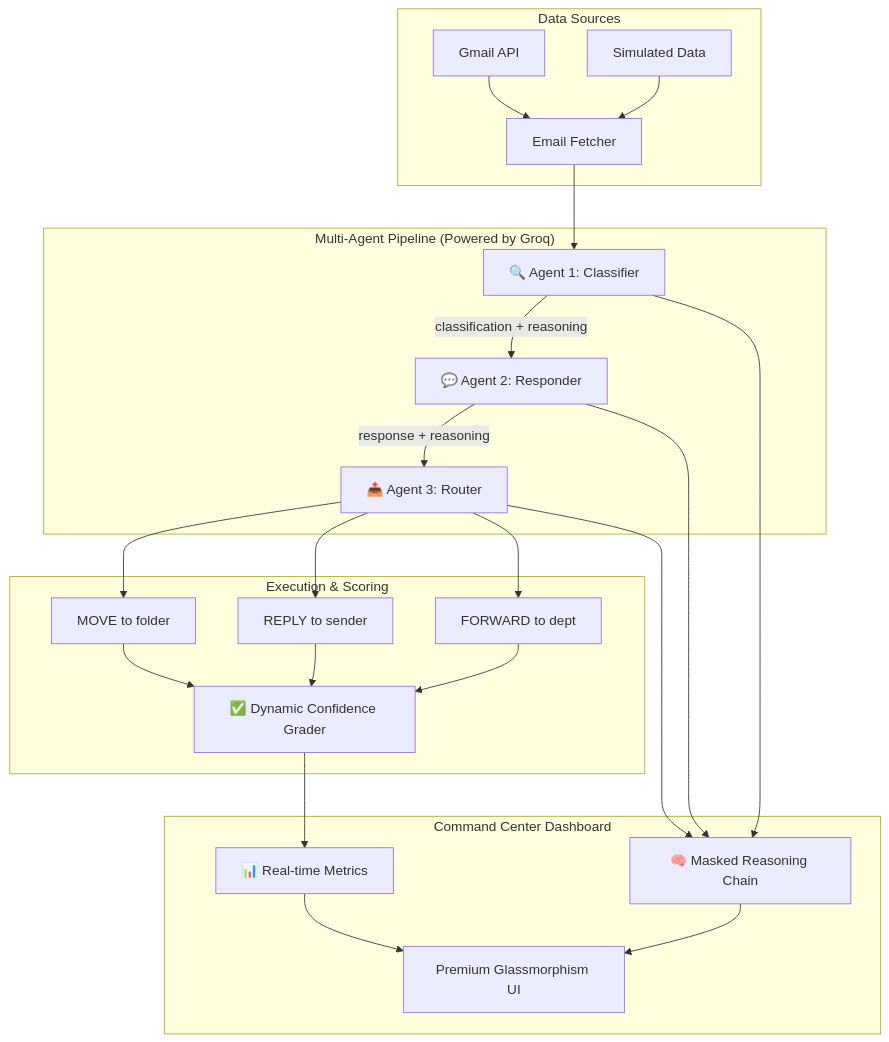
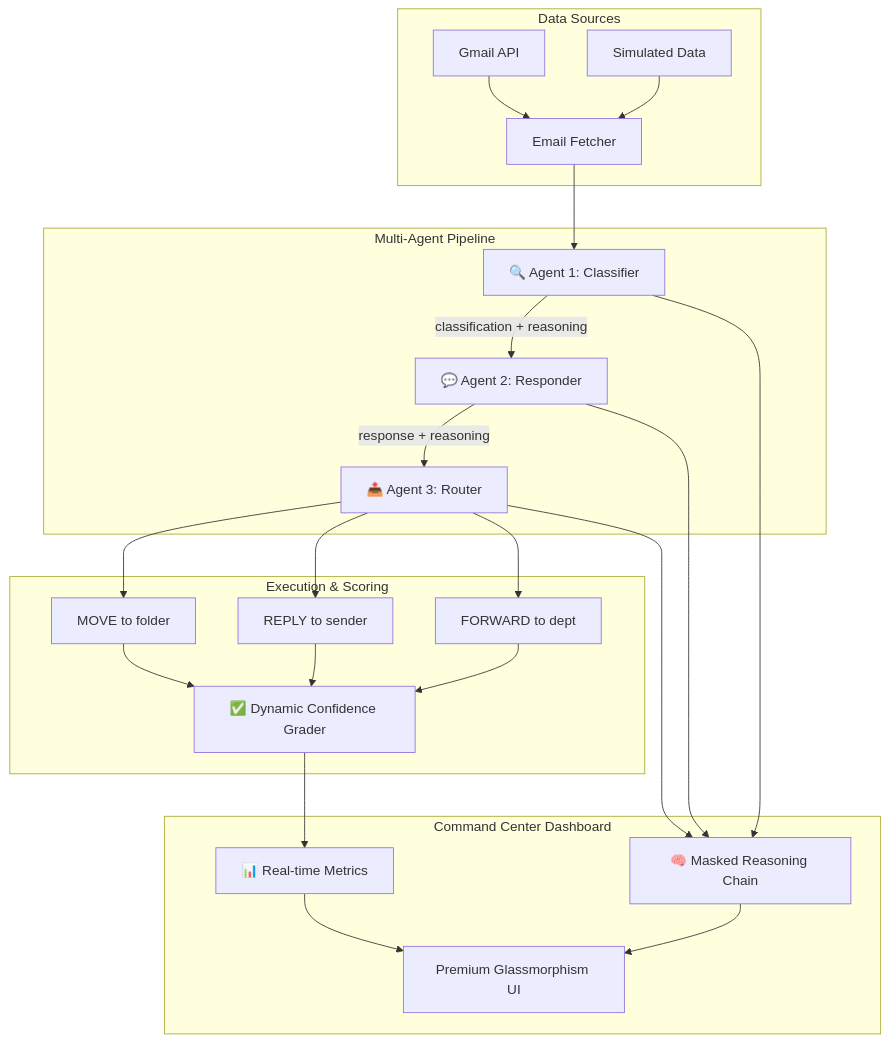
Before and after one commit to ayus1234/ai-email-triage-agent-openenv: the diagram in README.md, drawn with Mermaid. The commit also changed other lines of this file and 1 other file, not shown here.

````diff
--- a/README.md
+++ b/README.md
@@ -38,26 +38,26 @@
 ```mermaid
 graph TD
     subgraph "Data Sources"
         G["Gmail API"] --> F["Email Fetcher"]
         S["Simulated Data"] --> F
     end
     
-    subgraph "Multi-Agent Pipeline (Powered by Groq)"
+    subgraph "Multi-Agent Pipeline"
         F --> A1["🔍 Agent 1: Classifier"]
         A1 -->|"classification + reasoning"| A2["💬 Agent 2: Responder"]
         A2 -->|"response + reasoning"| A3["📤 Agent 3: Router"]
     end
     
     subgraph "Execution & Scoring"
         A3 --> E1["MOVE to folder"]
         A3 --> E2["REPLY to sender"]
         A3 --> E3["FORWARD to dept"]
         E1 & E2 & E3 --> GR["✅ Dynamic Confidence Grader"]
     end
     
     subgraph "Command Center Dashboard"
         GR --> D1["📊 Real-time Metrics"]
         A1 & A2 & A3 --> D2["🧠 Masked Reasoning Chain"]
         D1 & D2 --> UI["Premium Glassmorphism UI"]
     end
 ```
````
